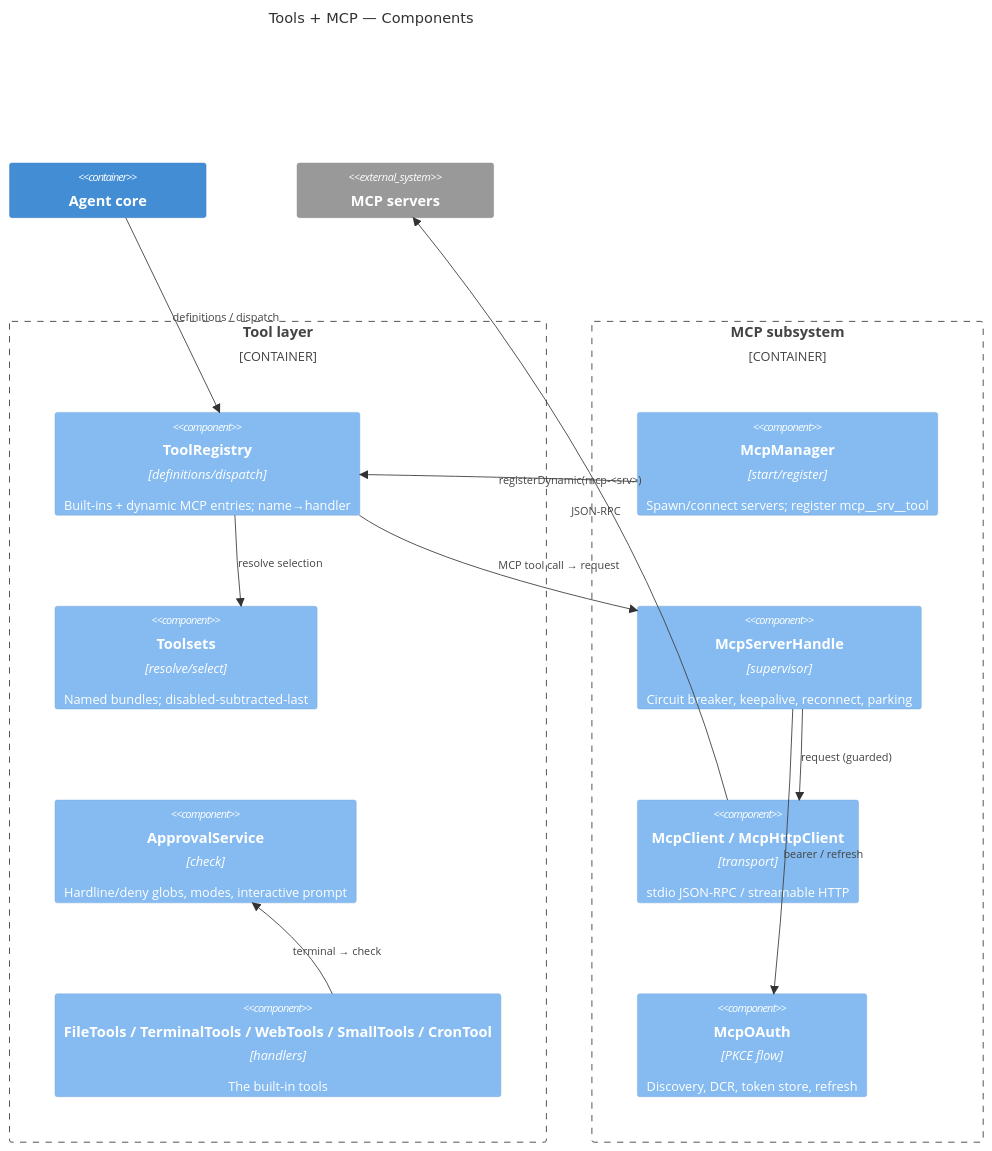
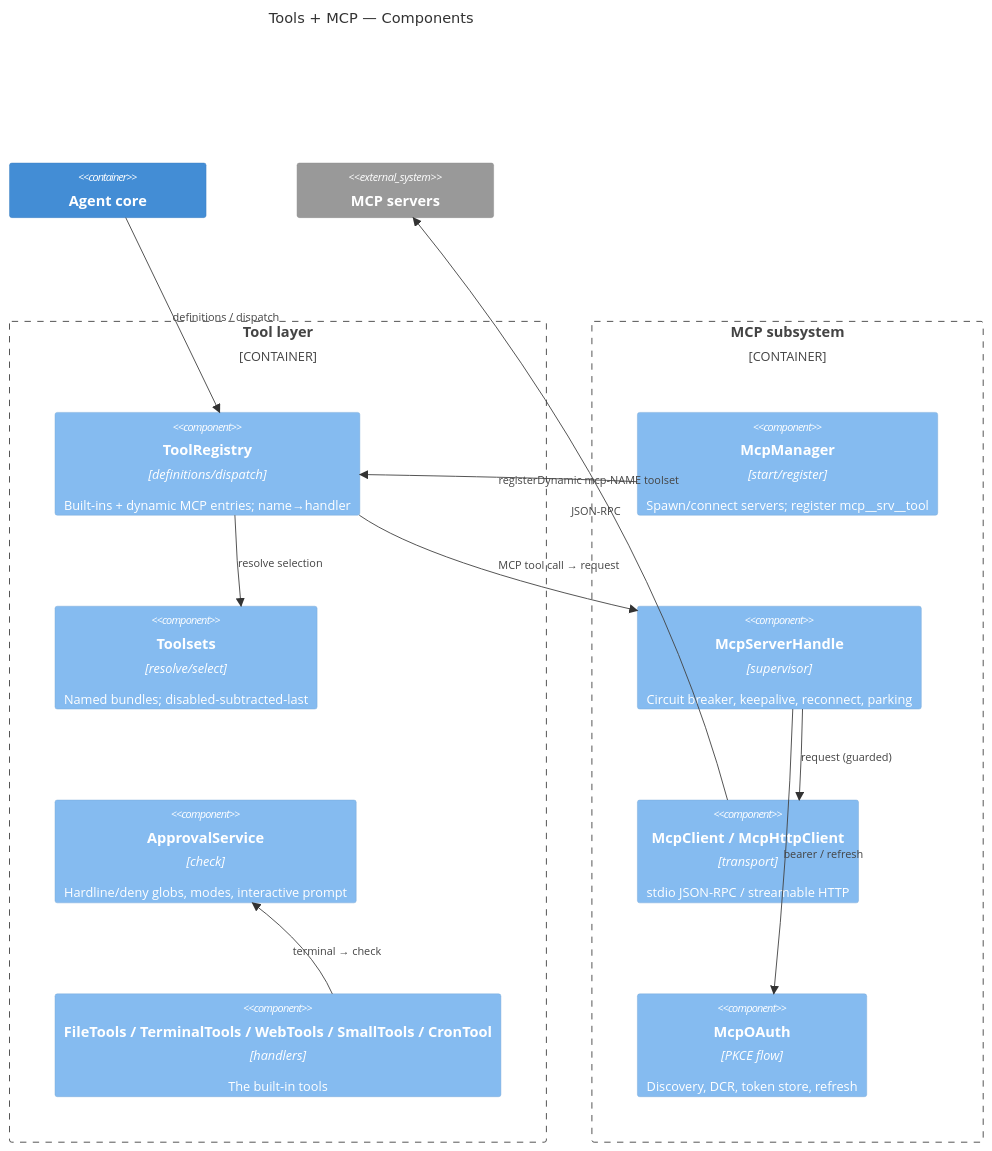
The fifth of 6 diagrams in ARCH.md (dgreco/apollo), drawn with Mermaid before and after one commit.

Commit message:
Fix Mermaid render bug in ARCH.md Tools+MCP diagram
Angle brackets in the C4 relationship label (mcp-<srv>) were parsed as
an HTML tag under Mermaid's strict security level, dropping the text or
breaking the diagram. Replaced with a bracket-free label.

Claude-Session: https://claude.ai/code/session_0147Yn1Xb77nv9axdy5ps7Nw

````diff
--- a/ARCH.md
+++ b/ARCH.md
@@ -170,28 +170,28 @@
 ```mermaid
 C4Component
   title Tools + MCP — Components
 
   Container_Boundary(tools, "Tool layer") {
     Component(registry, "ToolRegistry", "definitions/dispatch", "Built-ins + dynamic MCP entries; name→handler")
     Component(toolsets, "Toolsets", "resolve/select", "Named bundles; disabled-subtracted-last")
     Component(approval, "ApprovalService", "check", "Hardline/deny globs, modes, interactive prompt")
     Component(builtins, "FileTools / TerminalTools / WebTools / SmallTools / CronTool", "handlers", "The built-in tools")
   }
   Container_Boundary(mcp, "MCP subsystem") {
     Component(mgr, "McpManager", "start/register", "Spawn/connect servers; register mcp__srv__tool")
     Component(handle, "McpServerHandle", "supervisor", "Circuit breaker, keepalive, reconnect, parking")
     Component(conn, "McpClient / McpHttpClient", "transport", "stdio JSON-RPC / streamable HTTP")
     Component(oauth, "McpOAuth", "PKCE flow", "Discovery, DCR, token store, refresh")
   }
   Container(agent, "Agent core")
   System_Ext(mcpx, "MCP servers")
 
   Rel(agent, registry, "definitions / dispatch")
   Rel(registry, toolsets, "resolve selection")
   Rel(builtins, approval, "terminal → check")
-  Rel(mgr, registry, "registerDynamic(mcp-<srv>)")
+  Rel(mgr, registry, "registerDynamic mcp-NAME toolset")
   Rel(registry, handle, "MCP tool call → request")
   Rel(handle, conn, "request (guarded)")
   Rel(conn, mcpx, "JSON-RPC")
   Rel(handle, oauth, "bearer / refresh")
 ```
````
